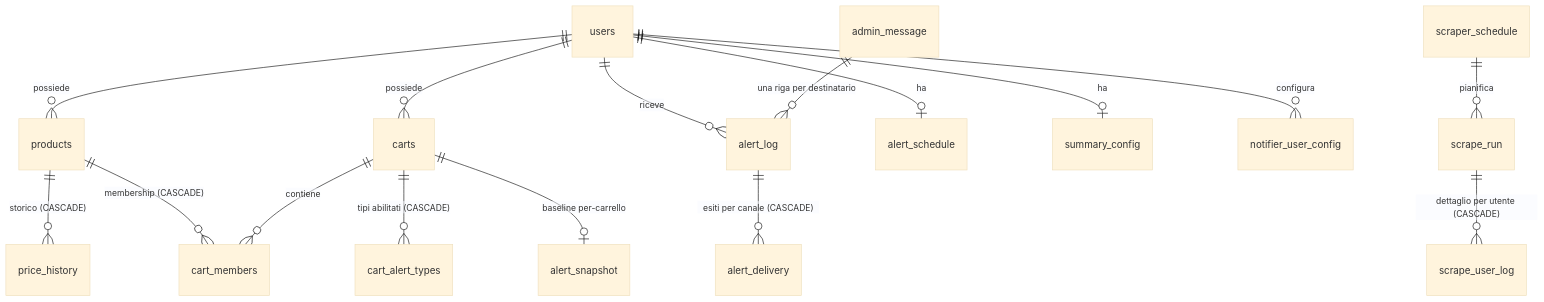
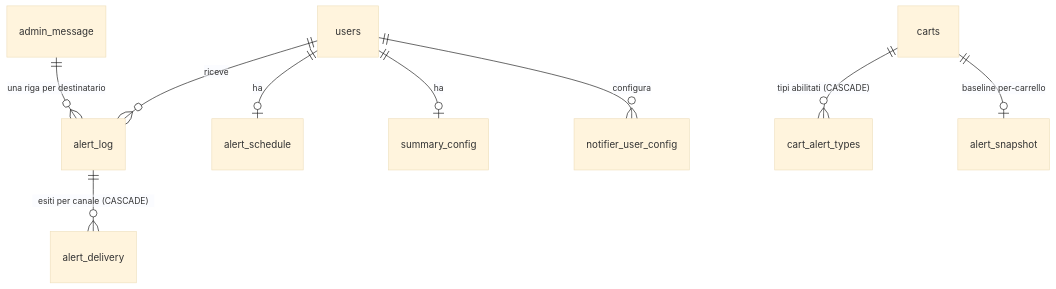
Before and after one commit to caporalesimone/watch-em-all: the diagram in docs-ita/4-capabilities/database/schema.md, drawn with Mermaid (base theme). The commit also changed other lines of this file and 30 other files, not shown here.

````diff
--- a/docs-ita/4-capabilities/database/schema.md
+++ b/docs-ita/4-capabilities/database/schema.md
@@ -9,18 +11,11 @@
 ```mermaid
 erDiagram
-    users ||--o{ products : possiede
-    users ||--o{ carts : possiede
     users ||--o{ alert_log : riceve
     users ||--o| alert_schedule : ha
     users ||--o| summary_config : ha
     users ||--o{ notifier_user_config : configura
-    products ||--o{ price_history : "storico (CASCADE)"
-    products ||--o{ cart_members : "membership (CASCADE)"
-    carts ||--o{ cart_members : contiene
     carts ||--o{ cart_alert_types : "tipi abilitati (CASCADE)"
     carts ||--o| alert_snapshot : "baseline per-carrello"
     alert_log ||--o{ alert_delivery : "esiti per canale (CASCADE)"
     admin_message ||--o{ alert_log : "una riga per destinatario"
-    scraper_schedule ||--o{ scrape_run : pianifica
-    scrape_run ||--o{ scrape_user_log : "dettaglio per utente (CASCADE)"
 ```
````
